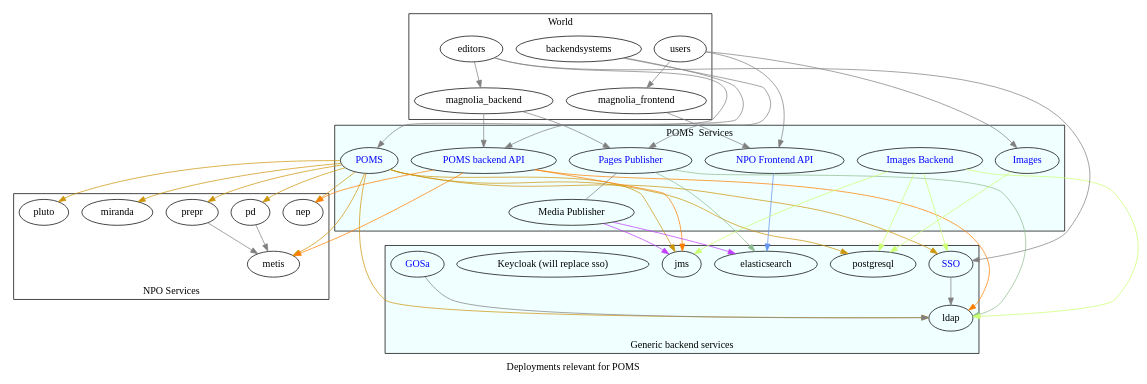
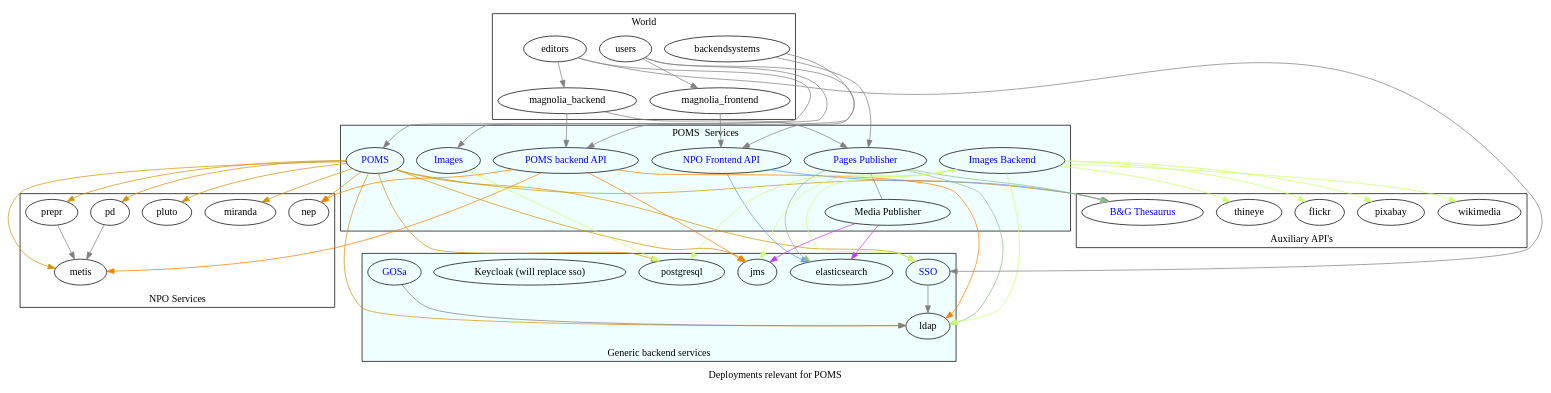
The diagram in poms-deployment.dot (npo-poms/poms-parent), drawn with Graphviz before and after one commit. The commit also changed 3 other files, not shown here.

```diff
--- a/poms-deployment.dot
+++ b/poms-deployment.dot
@@ -1,145 +1,162 @@
 digraph poms_universe {
 
 label="Deployments relevant for POMS"
 edge [
       color=gray
       ]
 
 poms [ label="POMS" href="https://poms.omroep.nl/" fontcolor=blue ]
 poms_backend [ label="POMS backend API" href="https://api.poms.omroep.nl/" fontcolor=blue ]
 api [ label = "NPO Frontend API" href="https://rs.poms.omroep.nl/" fontcolor=blue ]
 pages_publish [ label = "Pages Publisher"     href="https://publish.pages.omroep.nl/" fontcolor=blue ]
 media_publish [ label = "Media Publisher" ]
 images_frontend [ label = "Images" href="https://images.poms.omroep.nl" fontcolor=blue]
 images_backend [ label = "Images Backend" href="https://poms.omroep.nl/images/" fontcolor=blue ]
-
+gtaa [ label ="B&G Thesaurus"  href="http://gtaa.beeldengeluid.nl/" fontcolor=blue]
+thineye
 
 subgraph cluster_0  {
   label="Generic backend services"
   labelloc=b
-
   bgcolor=azure
   postgresql
   elasticsearch
   sso [ label="SSO" href="https://sso.omroep.nl" fontcolor=blue]
   jms
   ldap
   keycloak [ label = "Keycloak (will replace sso)" ]
   gosa [ label="GOSa" href="https://admin.sso.omroep.nl/" fontcolor=blue]
 }
 
 subgraph cluster_1  {
   label="VPRO"
   magnolia_frontend
   magnolia_backend
 }
 
 subgraph cluster_1  {
   label="World"
   users
   backendsystems
   editors
 }
 subgraph cluster_3  {
   label="POMS  Services"
   bgcolor=azure
   poms
   poms_backend
   pages_publish
   media_publish
   api
   images_frontend
   images_backend
 }
 
 subgraph cluster_4  {
   label="NPO Services"
   labelloc=b
   metis
   pd
   prepr
   miranda
   pluto
   nep
 }
 
+subgraph cluster_5 {
+  label="Auxiliary API's"
+  labelloc=b
+  gtaa
+  thineye
+  wikimedia
+  pixabay
+  flickr
+}
+
 editors -> {
   magnolia_backend
   poms
   sso
 }
 
 users -> {
   magnolia_frontend
   api
   images_frontend
 }
 
 backendsystems -> {
   poms_backend
   pages_publish
 }
 
 poms -> {
   postgresql
   jms
   sso
   ldap
   miranda
   prepr
   pd
   metis
   pluto
   nep
+  gtaa
 }[color=darkgoldenrod3]
 
 poms_backend -> {
   jms
   ldap
   metis
   ldap
   nep
 }[color=darkorange1]
 
 api -> {
   elasticsearch
+  gtaa
 }[color=cornflowerblue]
 
 pages_publish-> {
   elasticsearch
   ldap
+  gtaa
 }[color=darkseagreen]
 
 media_publish -> {
   elasticsearch
   jms
 }[color=darkorchid1]
 pages_publish -> media_publish[dir=none]
 
 images_frontend -> {
   postgresql
 }[color=darkolivegreen1]
 images_backend -> {
   postgresql
   jms
   sso
   ldap
+  thineye
+  wikimedia
+  pixabay
+  flickr
 }[color=darkolivegreen1]
 
 magnolia_backend -> {
   poms_backend
   pages_publish
 }
 
 magnolia_frontend -> {
   api
 }
 
 sso -> ldap
 
 prepr -> metis
 pd -> metis
 
 gosa -> ldap
 
 }
```
